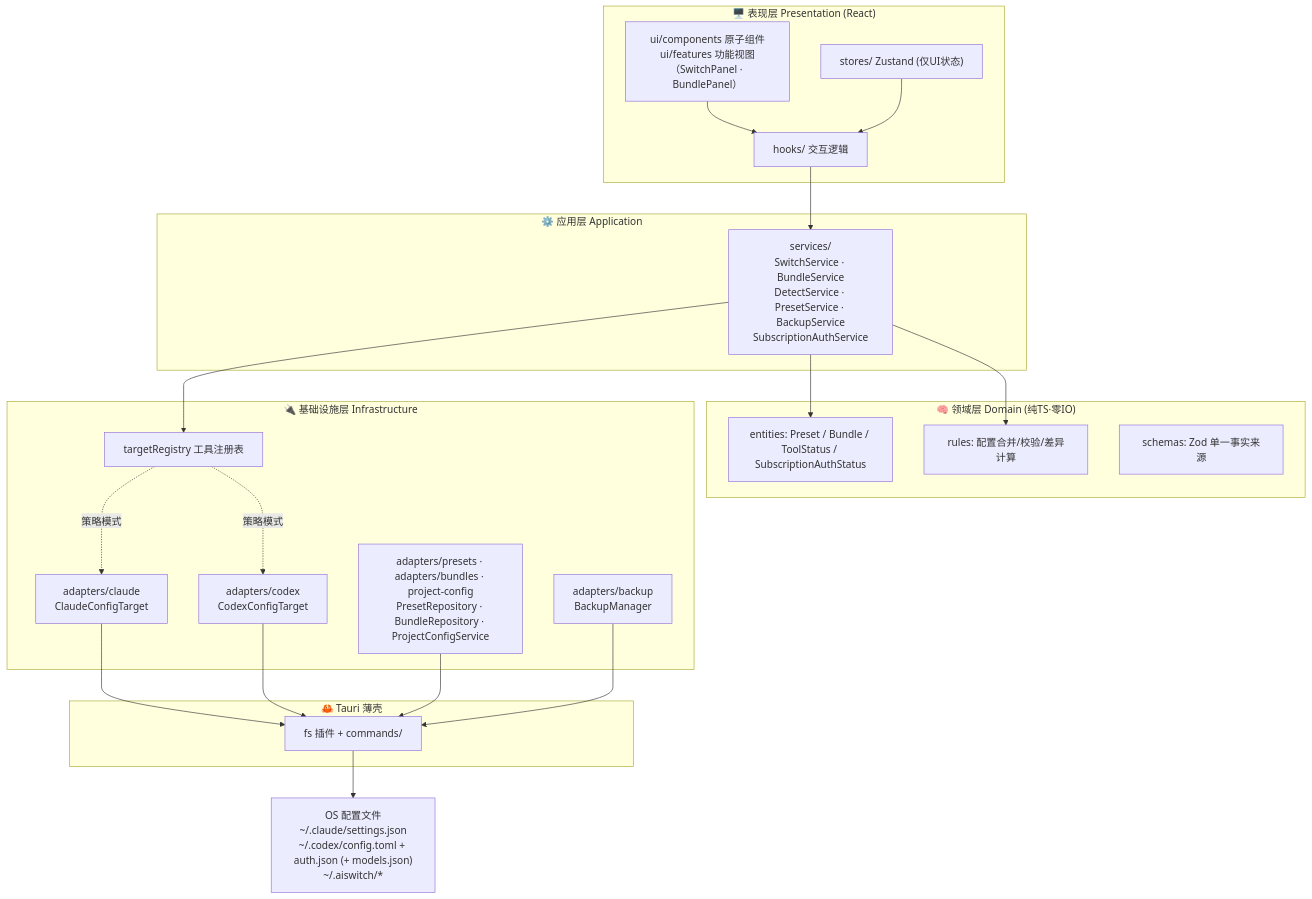
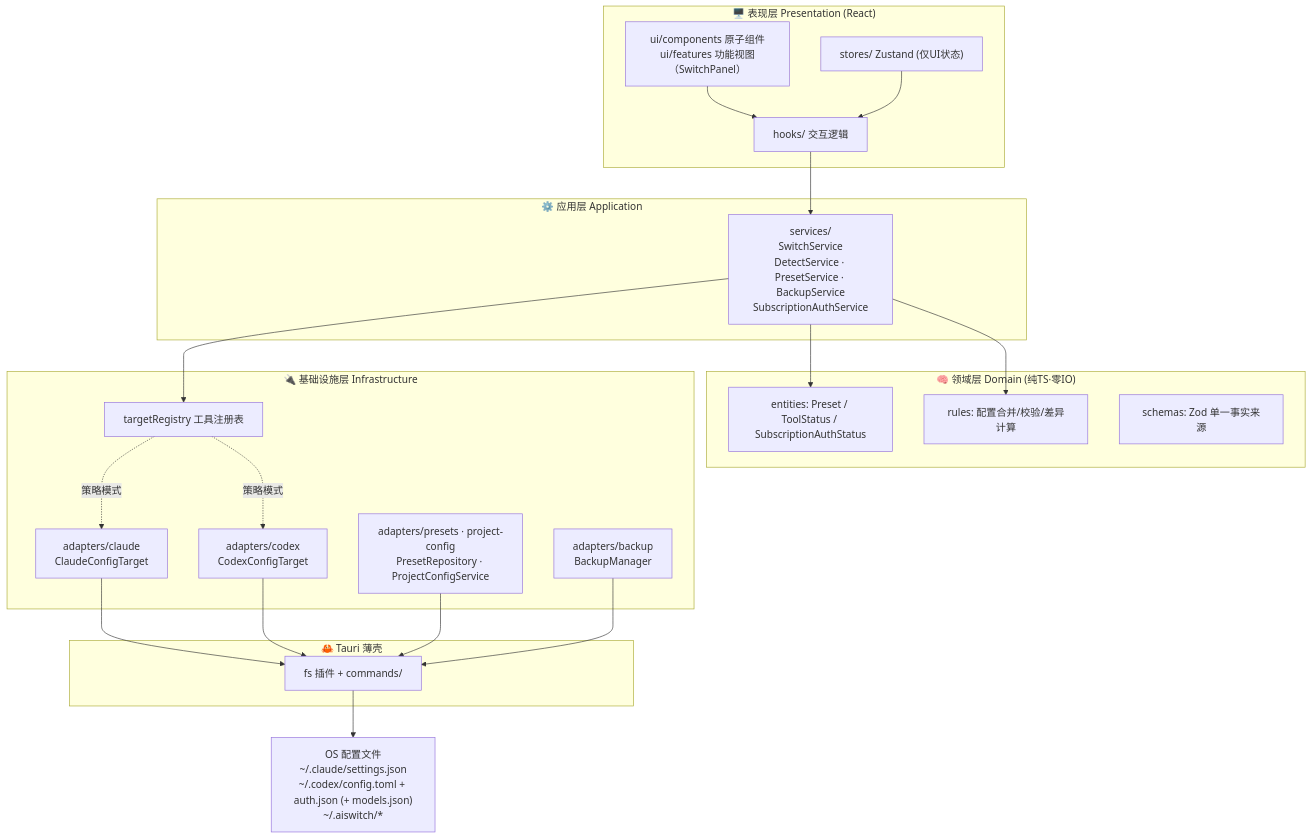
The first of 2 diagrams in docs/ARCHITECTURE.md (small-dream/AISwitch), drawn with Mermaid before and after one commit. The commit also changed other lines of this file and 46 other files, not shown here.

First line of the commit message:
refactor(bundles)!: remove the bundle switch feature (US-17)

````diff
--- a/docs/ARCHITECTURE.md
+++ b/docs/ARCHITECTURE.md
@@ -29,39 +29,39 @@
 ```mermaid
 graph TB
     subgraph L1["🖥️ 表现层 Presentation (React)"]
-        UI["ui/components 原子组件<br/>ui/features 功能视图（SwitchPanel · BundlePanel）"]
+        UI["ui/components 原子组件<br/>ui/features 功能视图（SwitchPanel）"]
         HK["hooks/ 交互逻辑"]
         ST["stores/ Zustand (仅UI状态)"]
     end
 
     subgraph L2["⚙️ 应用层 Application"]
-        SVC["services/<br/>SwitchService · BundleService<br/>DetectService · PresetService · BackupService<br/>SubscriptionAuthService"]
+        SVC["services/<br/>SwitchService<br/>DetectService · PresetService · BackupService<br/>SubscriptionAuthService"]
     end
 
     subgraph L3["🧠 领域层 Domain (纯TS·零IO)"]
-        ENT["entities: Preset / Bundle / ToolStatus / SubscriptionAuthStatus"]
+        ENT["entities: Preset / ToolStatus / SubscriptionAuthStatus"]
         RULE["rules: 配置合并/校验/差异计算"]
         SCH["schemas: Zod 单一事实来源"]
     end
 
     subgraph L4["🔌 基础设施层 Infrastructure"]
         REG["targetRegistry 工具注册表"]
         CA["adapters/claude<br/>ClaudeConfigTarget"]
         CO["adapters/codex<br/>CodexConfigTarget"]
-        PR["adapters/presets · adapters/bundles · project-config<br/>PresetRepository · BundleRepository · ProjectConfigService"]
+        PR["adapters/presets · project-config<br/>PresetRepository · ProjectConfigService"]
         BK["adapters/backup<br/>BackupManager"]
     end
 
     subgraph L5["🦀 Tauri 薄壳"]
         FS["fs 插件 + commands/"]
     end
 
     OS["OS 配置文件<br/>~/.claude/settings.json<br/>~/.codex/config.toml + auth.json (+ models.json)<br/>~/.aiswitch/*"]
 
     UI --> HK --> SVC
     ST --> HK
     SVC --> ENT & RULE
     SVC --> REG
     REG -.策略模式.-> CA & CO
     CA & CO & PR & BK --> FS --> OS
 ```
````
